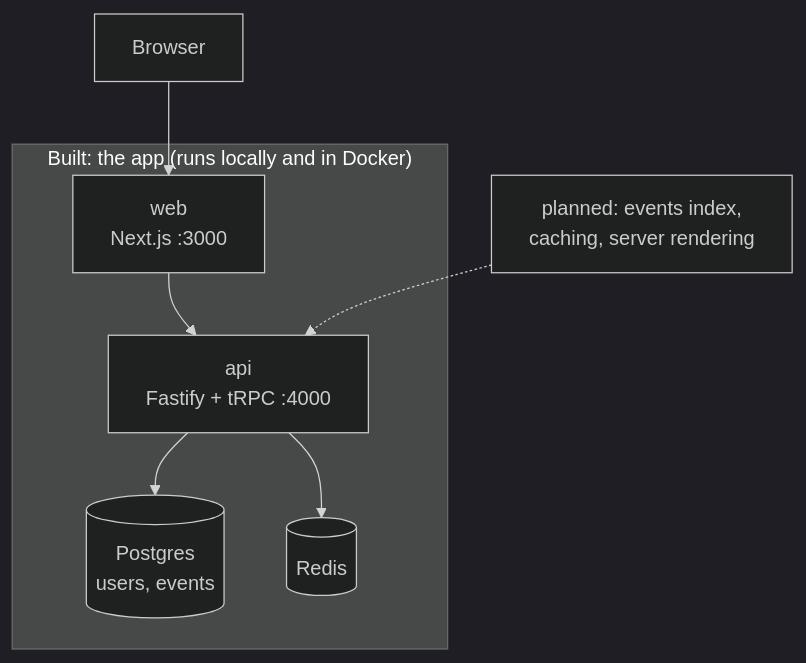
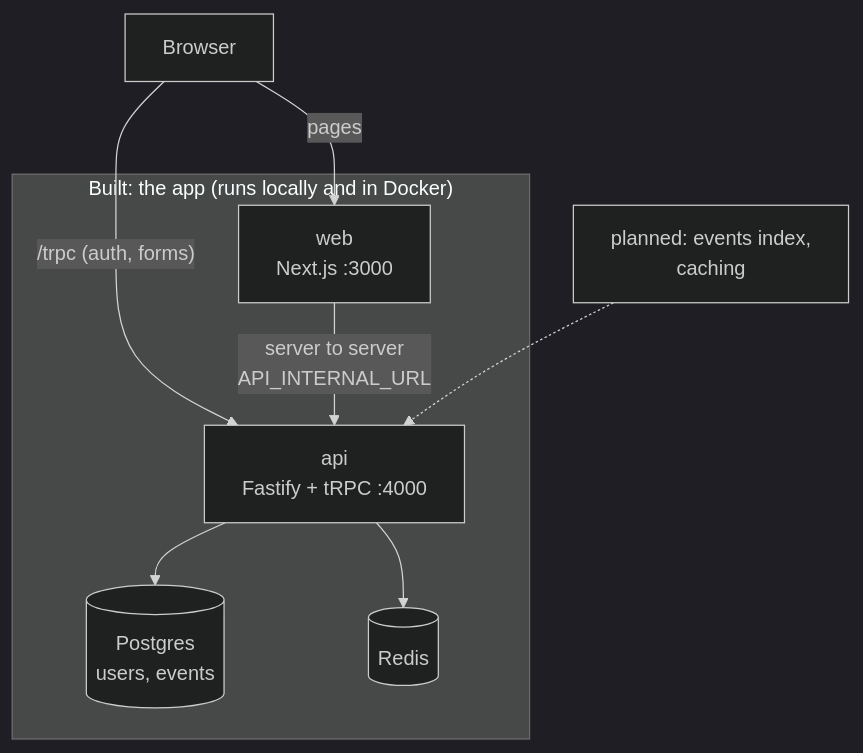
The first of 3 diagrams in docs/00-architecture.md (maheshnd/minitickets), drawn with Mermaid (dark theme) before and after one commit. The commit also changed other lines of this file and 35 other files, not shown here.

Commit message:
feat(events): render /events on the server with streaming, CSR vs SSR measured

````diff
--- a/docs/00-architecture.md
+++ b/docs/00-architecture.md
@@ -14,16 +14,17 @@
 ```mermaid
 flowchart TB
     browser["Browser"]
     subgraph local["Built: the app (runs locally and in Docker)"]
         web["web<br/>Next.js :3000"]
         api["api<br/>Fastify + tRPC :4000"]
         pg[("Postgres<br/>users, events")]
         redis[("Redis")]
     end
-    planned["planned: events index,<br/>caching, server rendering"]
-    browser --> web
-    web --> api
+    planned["planned: events index,<br/>caching"]
+    browser -->|"pages"| web
+    browser -->|"/trpc (auth, forms)"| api
+    web -->|"server to server<br/>API_INTERNAL_URL"| api
     api --> pg
     api --> redis
     planned -.-> api
 ```
````
